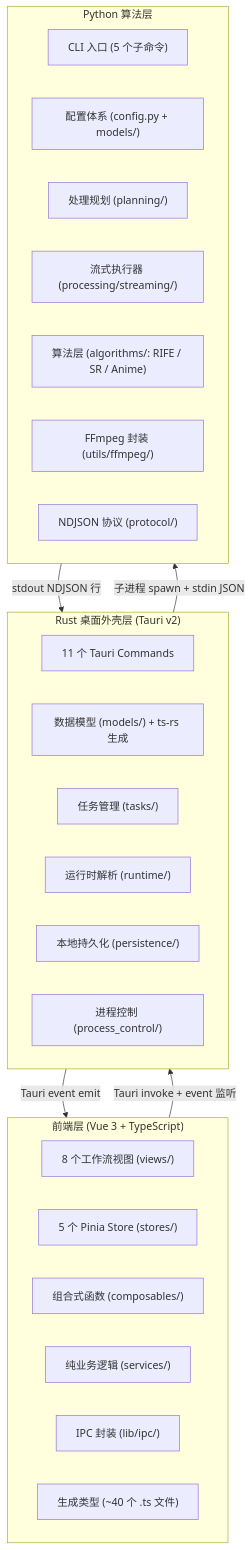
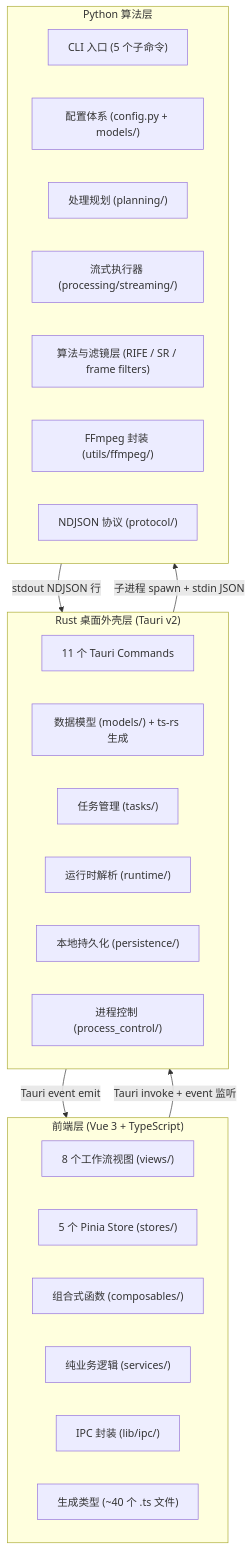
Before and after one commit to youge325/vp: the first of 4 diagrams in docs/01-architecture-overview.md, drawn with Mermaid. The commit also changed other lines of this file and 192 other files, not shown here.

````diff
--- a/docs/01-architecture-overview.md
+++ b/docs/01-architecture-overview.md
@@ -25,35 +25,35 @@
 ```mermaid
 graph TB
     subgraph FE["前端层 (Vue 3 + TypeScript)"]
         F1["8 个工作流视图 (views/)"]
         F2["5 个 Pinia Store (stores/)"]
         F3["组合式函数 (composables/)"]
         F4["纯业务逻辑 (services/)"]
         F5["IPC 封装 (lib/ipc/)"]
         F6["生成类型 (~40 个 .ts 文件)"]
     end
 
     subgraph RS["Rust 桌面外壳层 (Tauri v2)"]
         R1["11 个 Tauri Commands"]
         R2["数据模型 (models/) + ts-rs 生成"]
         R3["任务管理 (tasks/)"]
         R4["运行时解析 (runtime/)"]
         R5["本地持久化 (persistence/)"]
         R6["进程控制 (process_control/)"]
     end
 
     subgraph PY["Python 算法层"]
         P1["CLI 入口 (5 个子命令)"]
         P2["配置体系 (config.py + models/)"]
         P3["处理规划 (planning/)"]
         P4["流式执行器 (processing/streaming/)"]
-        P5["算法层 (algorithms/: RIFE / SR / Anime)"]
+        P5["算法与滤镜层 (RIFE / SR / frame filters)"]
         P6["FFmpeg 封装 (utils/ffmpeg/)"]
         P7["NDJSON 协议 (protocol/)"]
     end
 
     FE -- "Tauri invoke + event 监听" --> RS
     RS -- "子进程 spawn + stdin JSON" --> PY
     PY -- "stdout NDJSON 行" --> RS
     RS -- "Tauri event emit" --> FE
 ```
````
